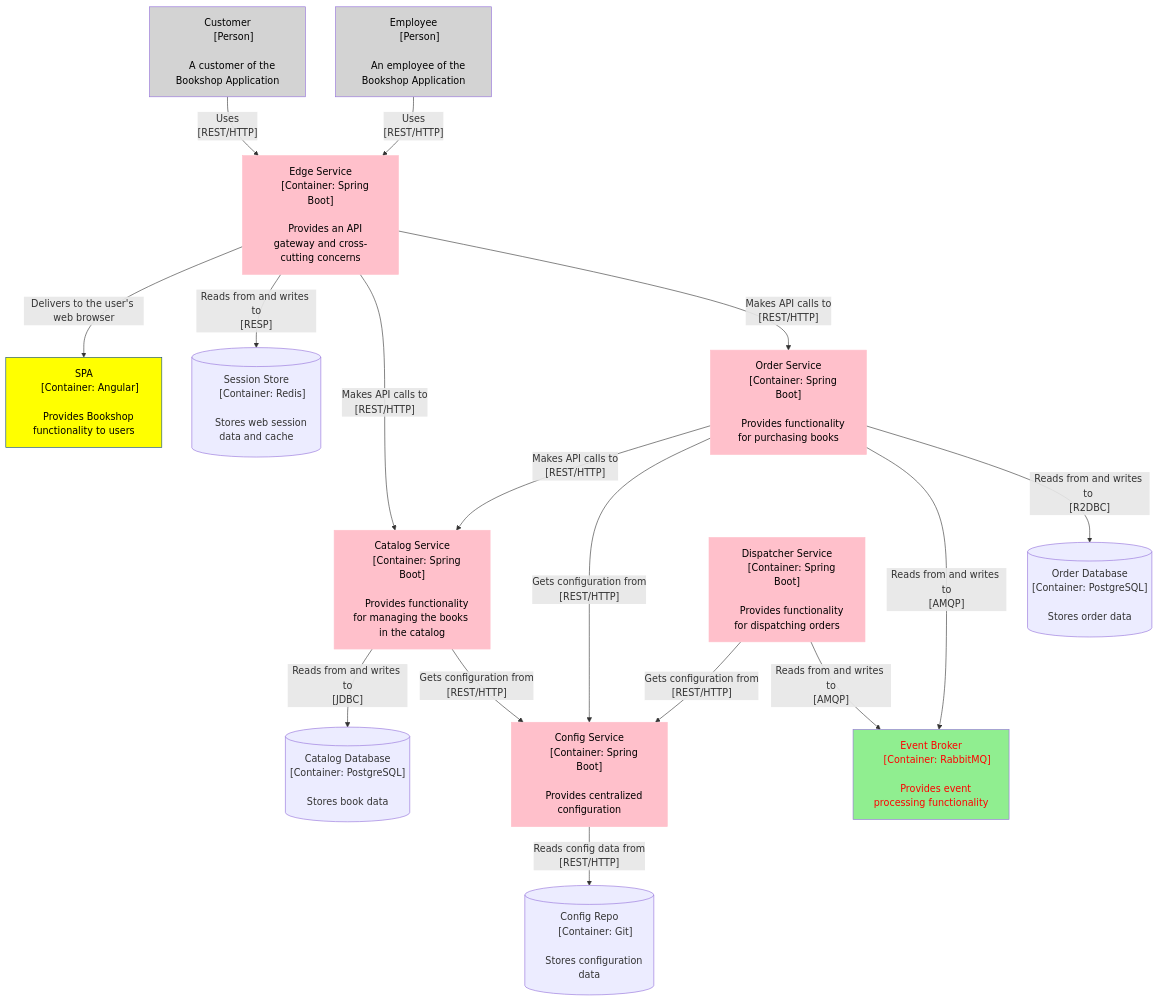
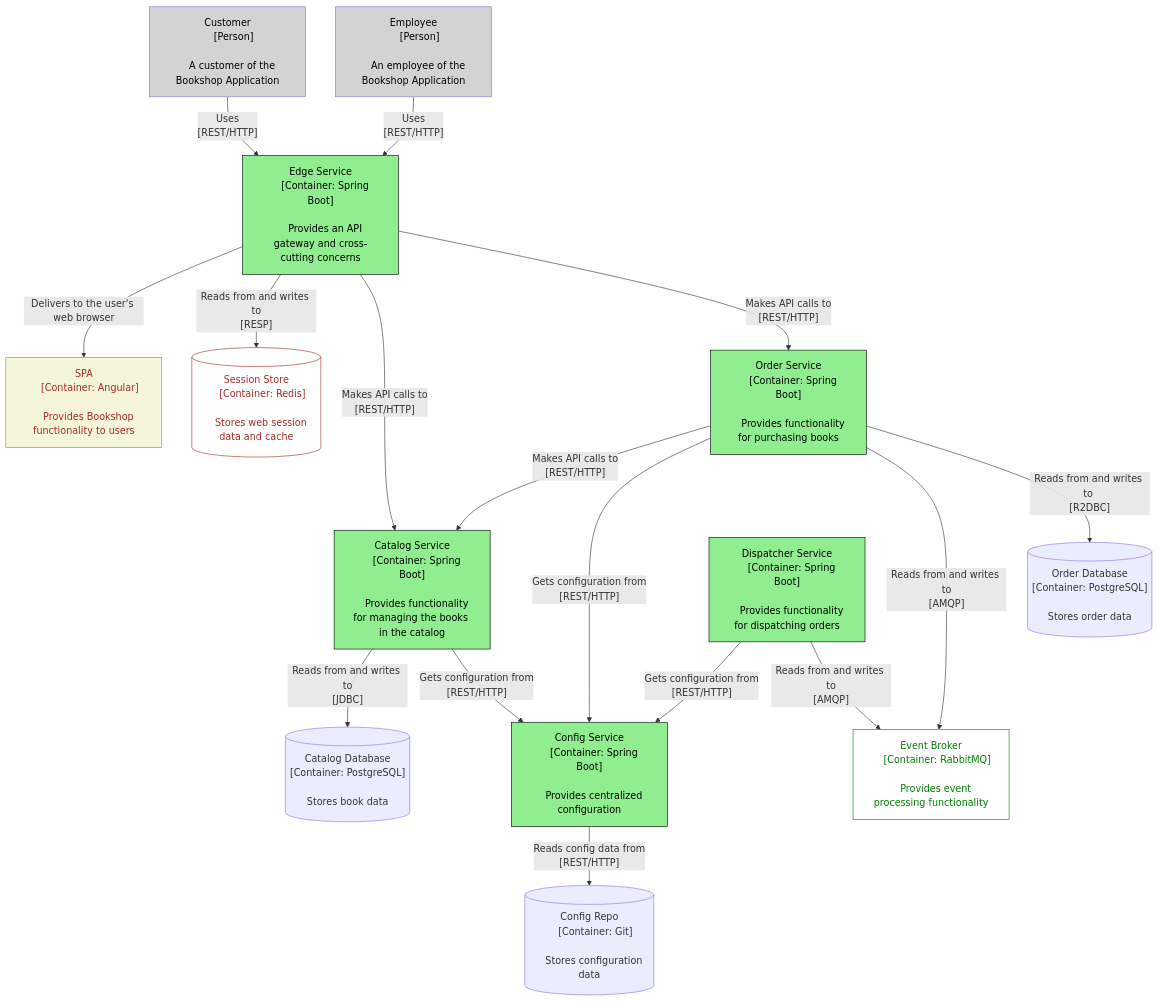
Before and after one commit to bladespring/bookshop-deployment: the diagram in README.md, drawn with Mermaid.

````diff
--- a/README.md
+++ b/README.md
@@ -113,16 +113,19 @@
     class Customer person
     class Employee person
 
-    classDef focusSystem fill:pink,stroke:pink,color:black
+    classDef focusSystem fill:lightgreen,stroke:black,color:black
     class CAT focusSystem
     class ORDER focusSystem
     class DISP focusSystem
     class CONF focusSystem
     class EDGE focusSystem
 
-    classDef frontend fill:yellow,stroke:#0b4884,color:black
+    classDef frontend fill:beige,color:brown
     class SPA frontend
 
-    classDef broker fill:lightgreen,color:red
+    classDef broker fill:white,stroke:green,color:green
     class BROKER broker
+
+    classDef redis stroke:brown,fill:white,color:brown
+    class REDIS redis
 ```
````
